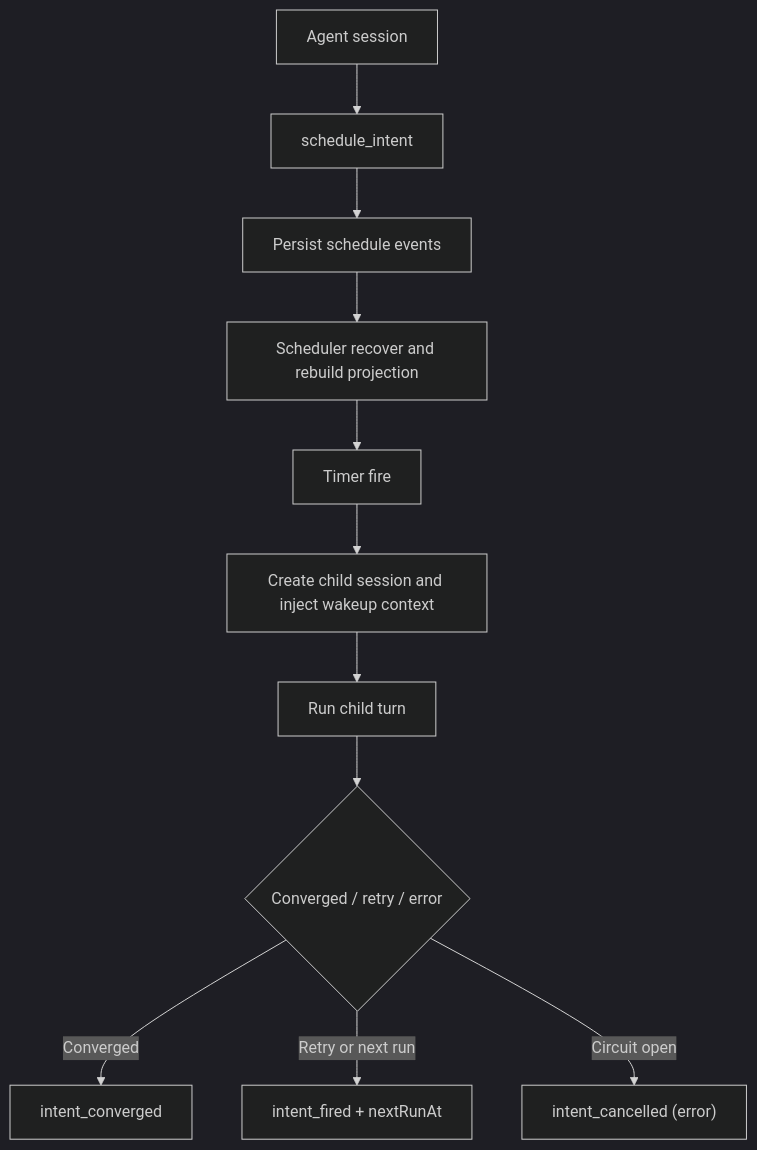
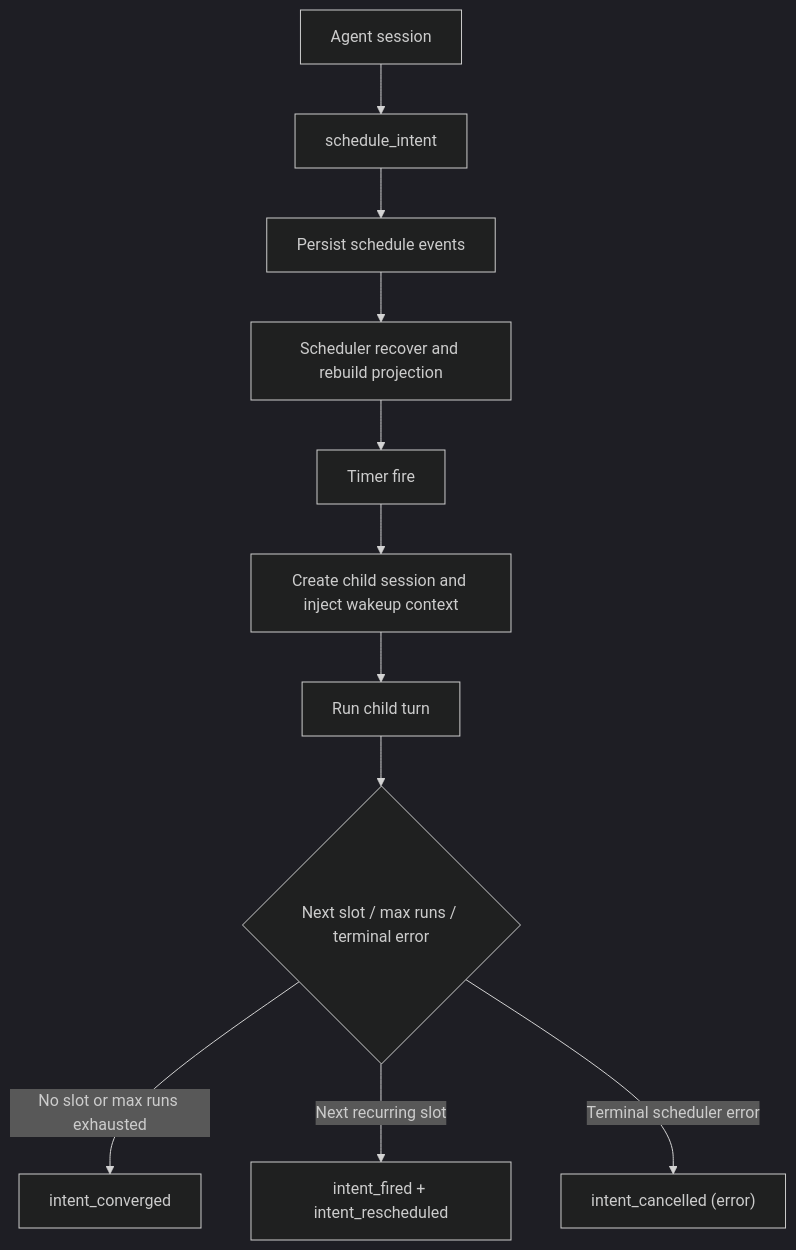
The diagram in docs/journeys/operator/intent-driven-scheduling.md (arcthur/brewva), drawn with Mermaid (dark theme) before and after one commit. The commit also changed other lines of this file and 33 other files, not shown here.

````diff
--- a/docs/journeys/operator/intent-driven-scheduling.md
+++ b/docs/journeys/operator/intent-driven-scheduling.md
@@ -40,13 +42,13 @@
 ```mermaid
 flowchart TD
   A["Agent session"] --> B["schedule_intent"]
   B --> C["Persist schedule events"]
   C --> D["Scheduler recover and rebuild projection"]
   D --> E["Timer fire"]
   E --> F["Create child session and inject wakeup context"]
   F --> G["Run child turn"]
-  G --> H{"Converged / retry / error"}
-  H -->|Converged| I["intent_converged"]
-  H -->|Retry or next run| J["intent_fired + nextRunAt"]
-  H -->|Circuit open| K["intent_cancelled (error)"]
+  G --> H{"Next slot / max runs / terminal error"}
+  H -->|No slot or max runs exhausted| I["intent_converged"]
+  H -->|Next recurring slot| J["intent_fired + intent_rescheduled"]
+  H -->|Terminal scheduler error| K["intent_cancelled (error)"]
 ```
````
